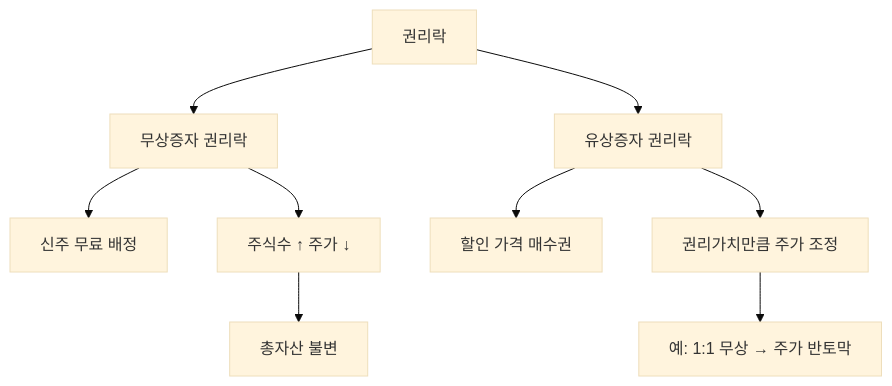
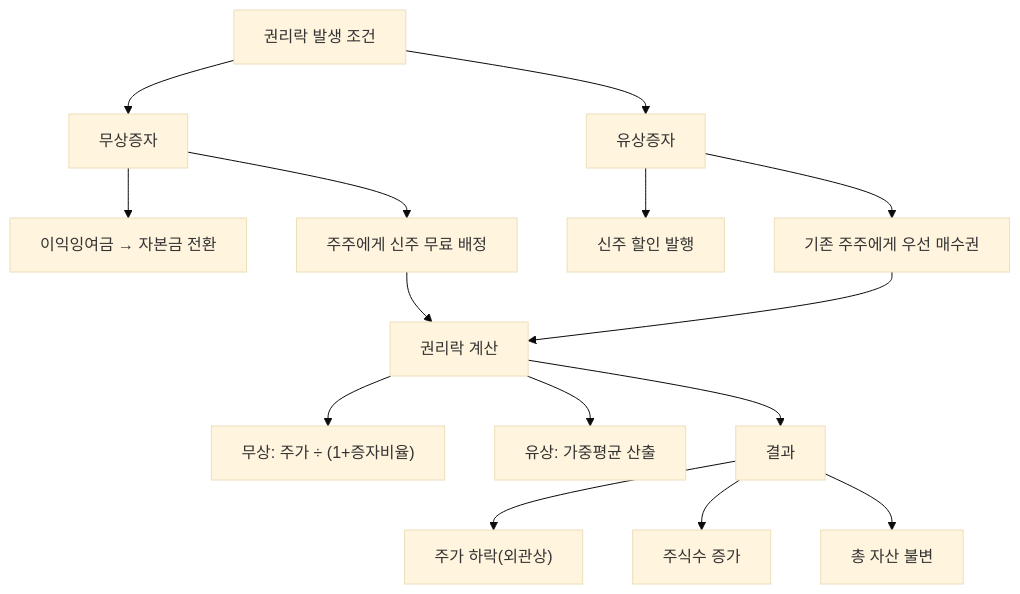
Before and after one commit to yeongseon/stock-visual-note: the diagram in content/stock-terms/ko/level-06-events/ex-rights.md, drawn with Mermaid (base theme). The commit also changed other lines of this file and 1 other file, not shown here.

Commit message:
content: rewrite ex-rights.md, interim-dividend.md — 증자 시나리오·분기배당 캘린더 확장, 13노드 Mermaid

````diff
--- a/content/stock-terms/ko/level-06-events/ex-rights.md
+++ b/content/stock-terms/ko/level-06-events/ex-rights.md
@@ -39,12 +46,18 @@
 ```mermaid
 graph TD
-    A["권리락"]
-    A --> B["무상증자 권리락"]
-    A --> C["유상증자 권리락"]
-    B --> B1["신주 무료 배정"]
-    B --> B2["주식수 ↑ 주가 ↓"]
-    B2 --> D["총자산 불변"]
-    C --> C1["할인 가격 매수권"]
-    C --> C2["권리가치만큼 주가 조정"]
-    C2 --> E["예: 1:1 무상 → 주가 반토막"]
+    A["권리락 발생 조건"]
+    A --> B["무상증자"]
+    A --> C["유상증자"]
+    B --> B1["이익잉여금 → 자본금 전환"]
+    B --> B2["주주에게 신주 무료 배정"]
+    B2 --> D["권리락 계산"]
+    C --> C1["신주 할인 발행"]
+    C --> C2["기존 주주에게 우선 매수권"]
+    C2 --> D
+    D --> D1["무상: 주가 ÷ (1+증자비율)"]
+    D --> D2["유상: 가중평균 산출"]
+    D --> E["결과"]
+    E --> E1["주가 하락(외관상)"]
+    E --> E2["주식수 증가"]
+    E --> E3["총 자산 불변"]
 ```
````
